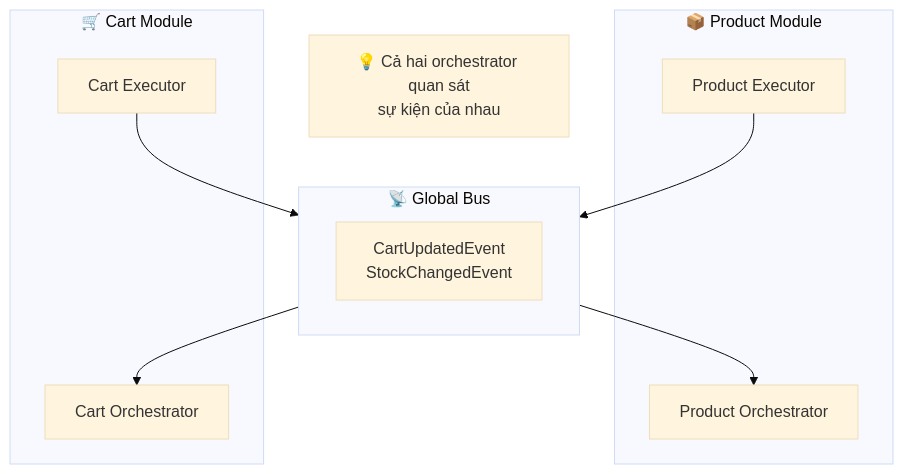
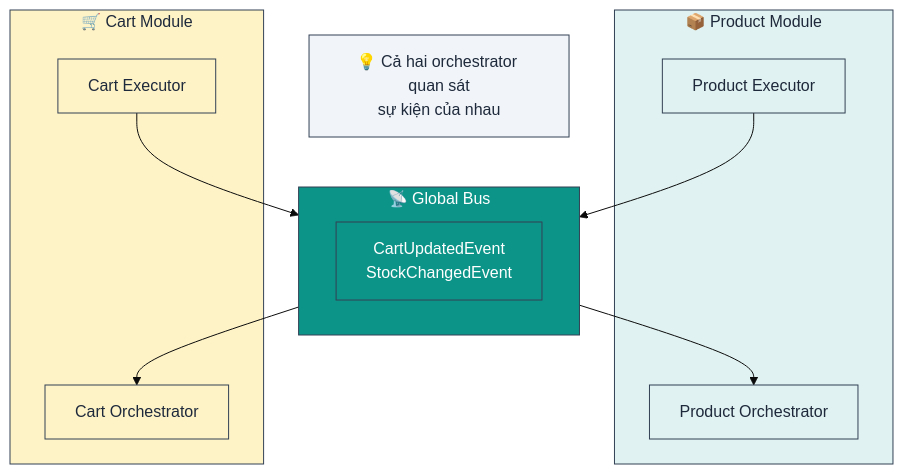
One commit to lploc94/flutter_orchestrator changed the seventh of 12 diagrams in book/vi/chapters/06_case_study.md. Above: the diagram before and after it, drawn with Mermaid (base theme). The commit also changed other lines of this file and 4 other files, not shown here.

````diff
--- a/book/vi/chapters/06_case_study.md
+++ b/book/vi/chapters/06_case_study.md
@@ -197,23 +226,33 @@
 ```mermaid
 graph TB
     subgraph ProductModule["📦 Product Module"]
         ProductOrch["Product Orchestrator"]
         ProductExec["Product Executor"]
     end
     
     subgraph CartModule["🛒 Cart Module"]
         CartOrch["Cart Orchestrator"]
         CartExec["Cart Executor"]
     end
     
     subgraph GlobalBus["📡 Global Bus"]
         Events["CartUpdatedEvent<br/>StockChangedEvent"]
     end
     
     ProductExec --> GlobalBus
     CartExec --> GlobalBus
     GlobalBus --> ProductOrch
     GlobalBus --> CartOrch
     
     Note["💡 Cả hai orchestrator quan sát<br/>sự kiện của nhau"]
+    
+    style ProductModule fill:#e0f2f1,stroke:#334155,color:#1e293b
+    style CartModule fill:#fef3c7,stroke:#334155,color:#1e293b
+    style GlobalBus fill:#0d9488,stroke:#334155,color:#ffffff
+    style ProductOrch fill:#e0f2f1,stroke:#334155,color:#1e293b
+    style ProductExec fill:#e0f2f1,stroke:#334155,color:#1e293b
+    style CartOrch fill:#fef3c7,stroke:#334155,color:#1e293b
+    style CartExec fill:#fef3c7,stroke:#334155,color:#1e293b
+    style Events fill:#0d9488,stroke:#334155,color:#ffffff
+    style Note fill:#f1f5f9,stroke:#334155,color:#1e293b
 ```
````
